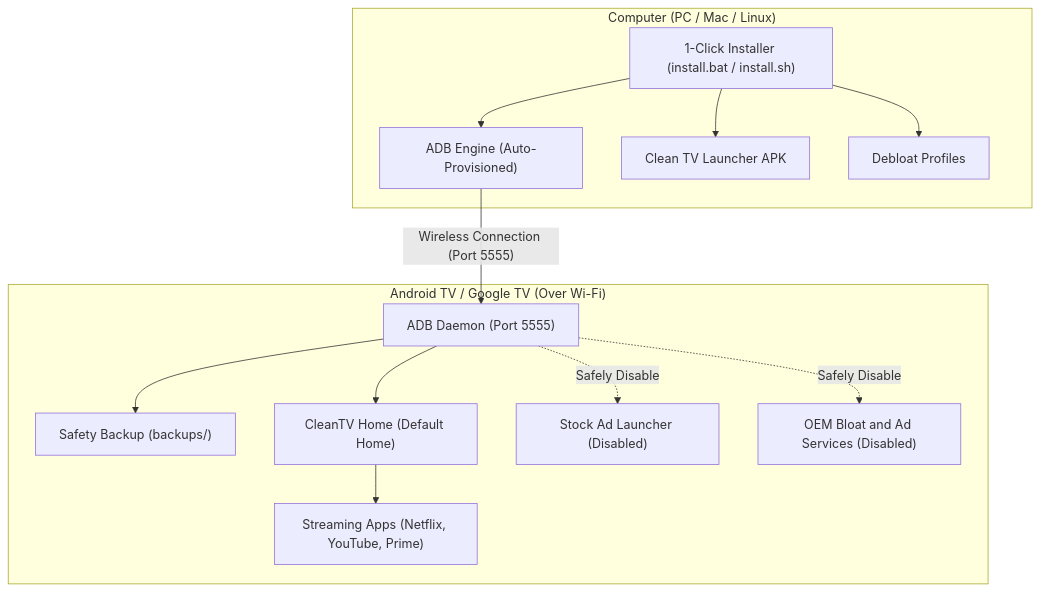
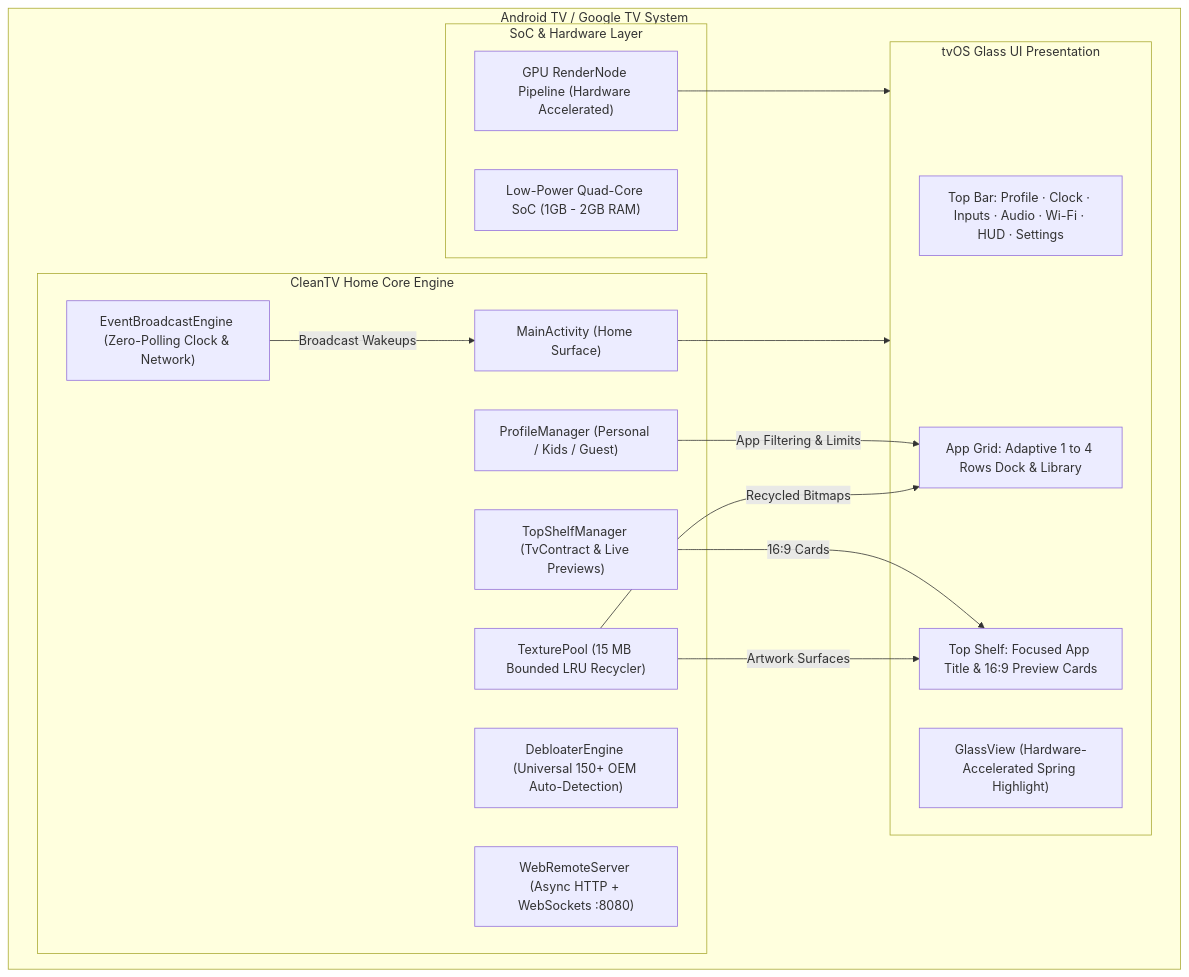
Before and after one commit to Rishisharma029/CleanTV-Home: the first of 6 diagrams in README.md, drawn with Mermaid. The commit also changed other lines of this file, not shown here.

Commit message:
docs: comprehensive README update with architectures, flowcharts, profiles, debloater, and navigation maps

````diff
--- a/README.md
+++ b/README.md
@@ -40,29 +41,34 @@
 ```mermaid
 flowchart TD
-    subgraph PC["Computer (PC / Mac / Linux)"]
-        Installer["1-Click Installer (install.bat / install.sh)"]
-        ADB["ADB Engine (Auto-Provisioned)"]
-        APKs["Clean TV Launcher APK"]
-        Presets["Debloat Profiles"]
-        Installer --> ADB
-        Installer --> APKs
-        Installer --> Presets
+    subgraph TV["Android TV / Google TV System"]
+        subgraph Hardware["SoC & Hardware Layer"]
+            CPU["Low-Power Quad-Core SoC (1GB - 2GB RAM)"]
+            GPU["GPU RenderNode Pipeline (Hardware Accelerated)"]
+        end
+
+        subgraph CoreEngine["CleanTV Home Core Engine"]
+            MainActivity["MainActivity (Home Surface)"]
+            EventEngine["EventBroadcastEngine (Zero-Polling Clock & Network)"]
+            TextureEngine["TexturePool (15 MB Bounded LRU Recycler)"]
+            ProfileEngine["ProfileManager (Personal / Kids / Guest)"]
+            DebloatEngine["DebloaterEngine (Universal 150+ OEM Auto-Detection)"]
+            ShelfEngine["TopShelfManager (TvContract & Live Previews)"]
+            WebRemote["WebRemoteServer (Async HTTP + WebSockets :8080)"]
+        end
+
+        subgraph UI["tvOS Glass UI Presentation"]
+            TopBar["Top Bar: Profile · Clock · Inputs · Audio · Wi-Fi · HUD · Settings"]
+            TopShelf["Top Shelf: Focused App Title & 16:9 Preview Cards"]
+            AppGrid["App Grid: Adaptive 1 to 4 Rows Dock & Library"]
+            GlassHighlight["GlassView (Hardware-Accelerated Spring Highlight)"]
+        end
     end
 
-    subgraph TV["Android TV / Google TV (Over Wi-Fi)"]
-        Daemon["ADB Daemon (Port 5555)"]
-        Backup["Safety Backup (backups/)"]
-        Launcher["CleanTV Home (Default Home)"]
-        StockHome["Stock Ad Launcher (Disabled)"]
-        Bloat["OEM Bloat and Ad Services (Disabled)"]
-        Apps["Streaming Apps (Netflix, YouTube, Prime)"]
-
-        Daemon --> Backup
-        Daemon --> Launcher
-        Daemon -.->|"Safely Disable"| StockHome
-        Daemon -.->|"Safely Disable"| Bloat
-        Launcher --> Apps
-    end
-
-    ADB -->|"Wireless Connection (Port 5555)"| Daemon
+    EventEngine -->|"Broadcast Wakeups"| MainActivity
+    TextureEngine -->|"Recycled Bitmaps"| AppGrid
+    TextureEngine -->|"Artwork Surfaces"| TopShelf
+    ProfileEngine -->|"App Filtering & Limits"| AppGrid
+    ShelfEngine -->|"16:9 Cards"| TopShelf
+    MainActivity --> UI
+    GPU --> UI
 ```
````
